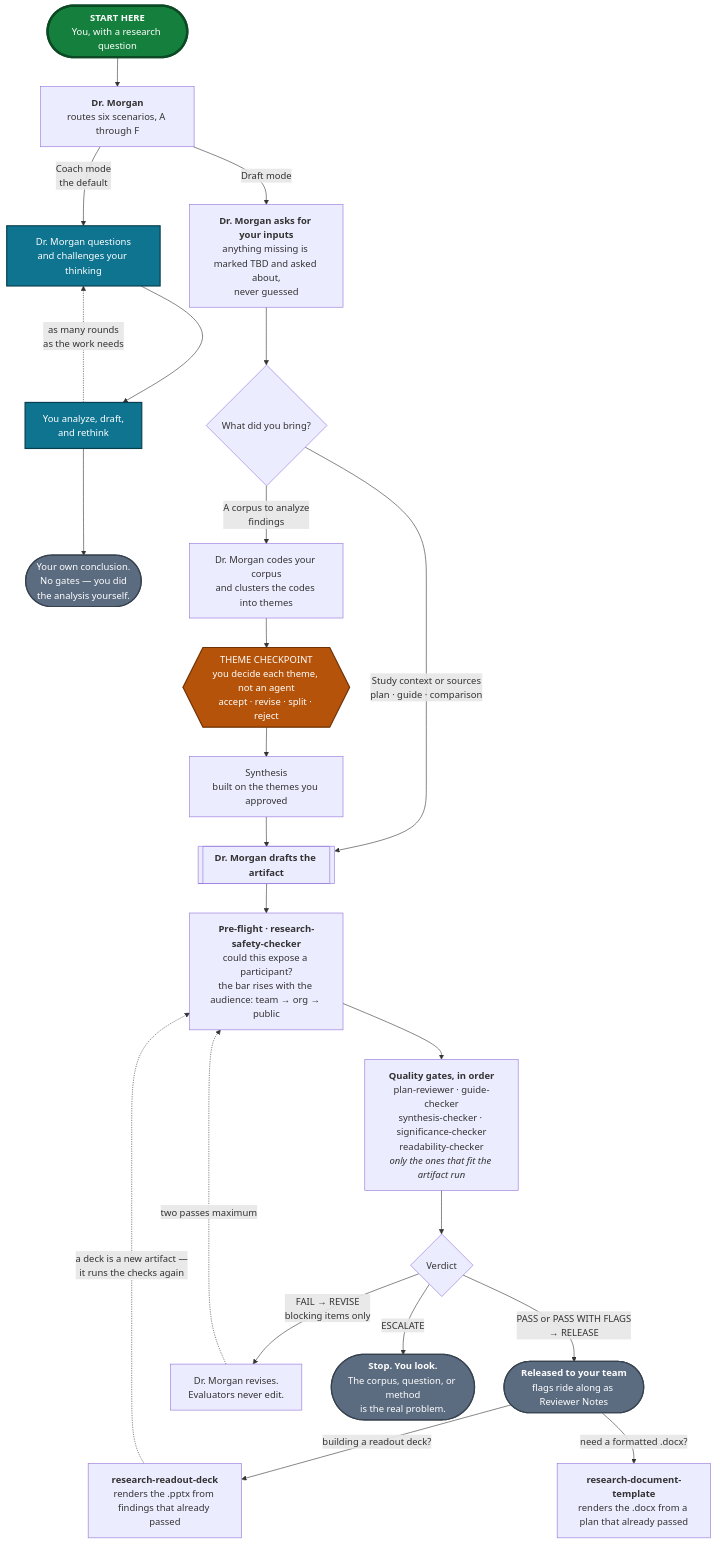
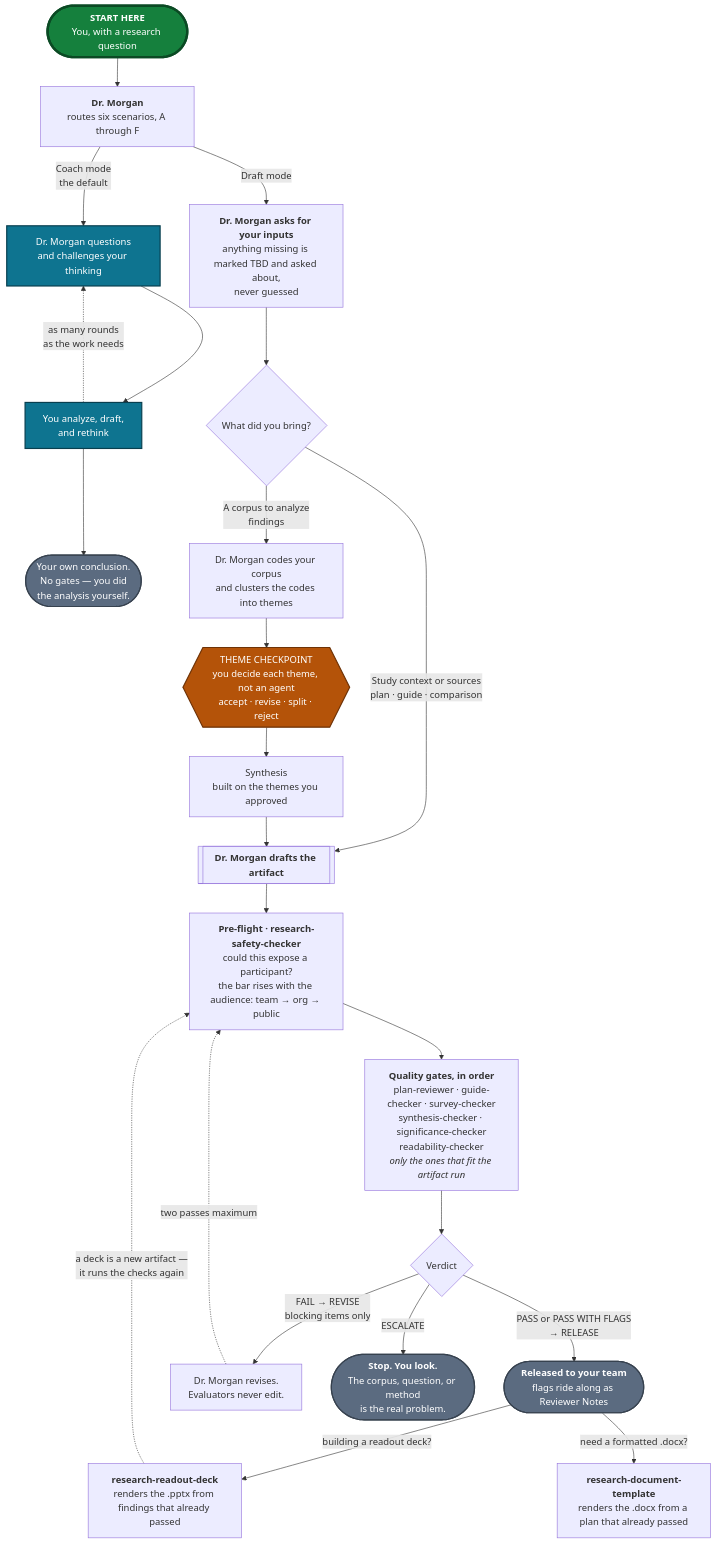
The diagram in README.md (kirstenhosic/UX-Research-Skills-IBM-Secure), drawn with Mermaid before and after one commit. The commit also changed other lines of this file and 15 other files, not shown here.

````diff
--- a/README.md
+++ b/README.md
@@ -250,50 +260,50 @@
 ```mermaid
 flowchart TD
     START(["<b>START HERE</b><br/>You, with a research question"])
     START --> DM
 
     DM["<b>Dr. Morgan</b><br/>routes six scenarios, A through F"]
 
     DM -->|"Coach mode<br/>the default"| COACH["Dr. Morgan questions<br/>and challenges your thinking"]
     COACH --> WORK["You analyze, draft,<br/>and rethink"]
     WORK -.->|"as many rounds<br/>as the work needs"| COACH
     WORK --> ENDC(["Your own conclusion.<br/>No gates — you did<br/>the analysis yourself."])
 
     DM -->|"Draft mode"| IN["<b>Dr. Morgan asks for your inputs</b><br/>anything missing is marked TBD and asked about,<br/>never guessed"]
     IN --> Q{"What did you bring?"}
 
     ART[["<b>Dr. Morgan drafts the artifact</b>"]]
     CL["Dr. Morgan codes your corpus<br/>and clusters the codes into themes"]
 
     Q -->|"Study context or sources<br/>plan · guide · comparison"| ART
     Q -->|"A corpus to analyze<br/>findings"| CL
 
     CL --> TC{{"THEME CHECKPOINT<br/>you decide each theme, not an agent<br/>accept · revise · split · reject"}}
     TC --> SY["Synthesis<br/>built on the themes you approved"]
     SY --> ART
 
     ART --> PF["<b>Pre-flight · research-safety-checker</b><br/>could this expose a participant?<br/>the bar rises with the audience: team → org → public"]
-    PF --> G["<b>Quality gates, in order</b><br/>plan-reviewer · guide-checker<br/>synthesis-checker · significance-checker<br/>readability-checker<br/><i>only the ones that fit the artifact run</i>"]
+    PF --> G["<b>Quality gates, in order</b><br/>plan-reviewer · guide-checker · survey-checker<br/>synthesis-checker · significance-checker<br/>readability-checker<br/><i>only the ones that fit the artifact run</i>"]
     G --> V{"Verdict"}
 
     V -->|"PASS or PASS WITH FLAGS<br/>→ RELEASE"| ENDR(["<b>Released to your team</b><br/>flags ride along as Reviewer Notes"])
 
     V -->|"FAIL → REVISE<br/>blocking items only"| RV["Dr. Morgan revises.<br/>Evaluators never edit."]
     RV -.->|"two passes maximum"| PF
 
     V -->|"ESCALATE"| ENDE(["<b>Stop. You look.</b><br/>The corpus, question, or method<br/>is the real problem."])
 
     ENDR -->|"building a readout deck?"| SK["<b>research-readout-deck</b><br/>renders the .pptx from findings that already passed"]
     SK -.->|"a deck is a new artifact —<br/>it runs the checks again"| PF
 
     ENDR -->|"need a formatted .docx?"| DOC["<b>research-document-template</b><br/>renders the .docx from a plan that already passed"]
 
     classDef entry  fill:#15803D,stroke:#0B4A24,stroke-width:4px,color:#FFFFFF
     classDef coach  fill:#0E7490,stroke:#083F4F,stroke-width:2px,color:#FFFFFF
     classDef human  fill:#B45309,stroke:#6E3206,stroke-width:2px,color:#FFFFFF
     classDef ending fill:#5B6B80,stroke:#37424F,stroke-width:2px,color:#FFFFFF
     class START entry
     class COACH,WORK coach
     class TC human
     class ENDC,ENDR,ENDE ending
 ```
````
